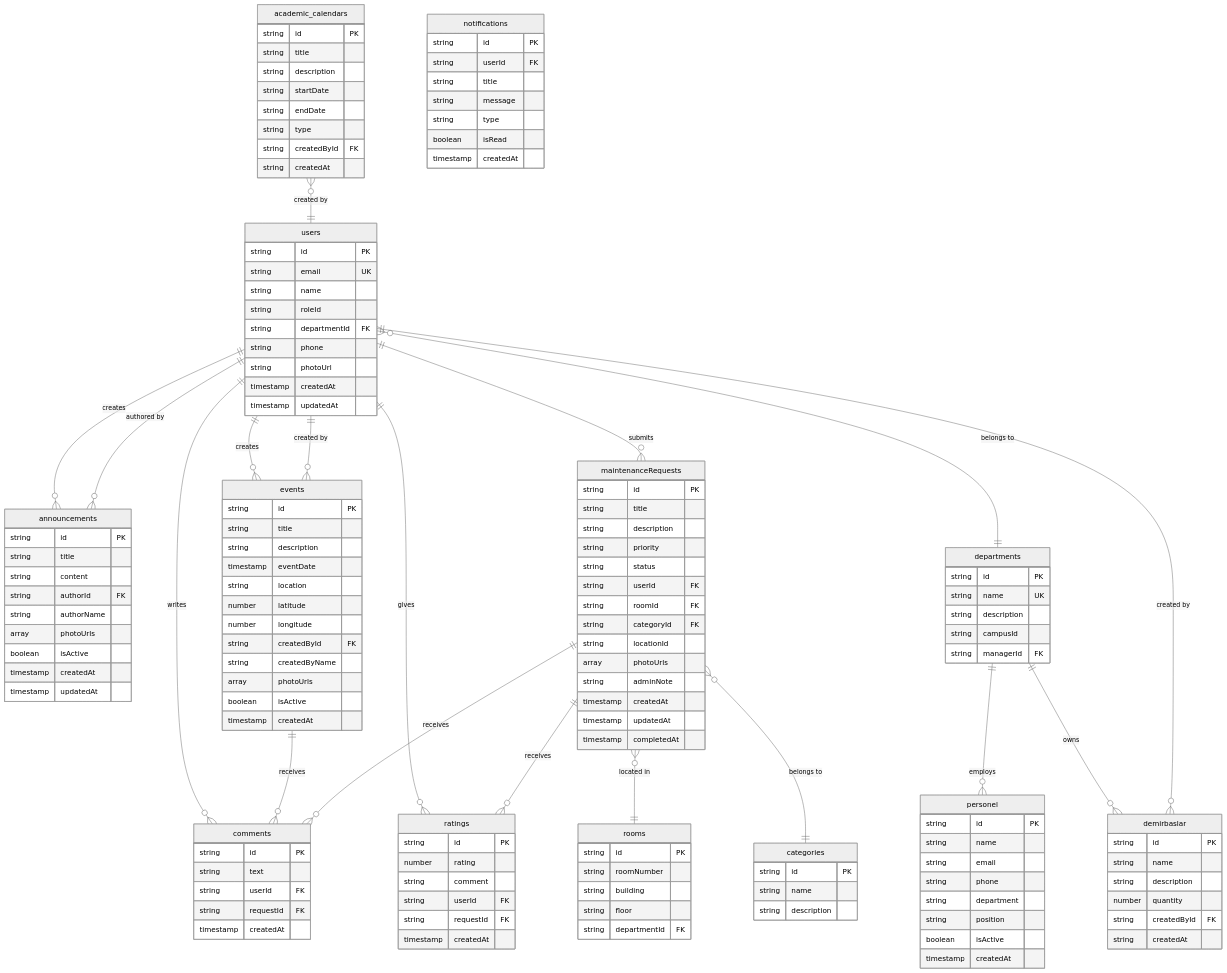
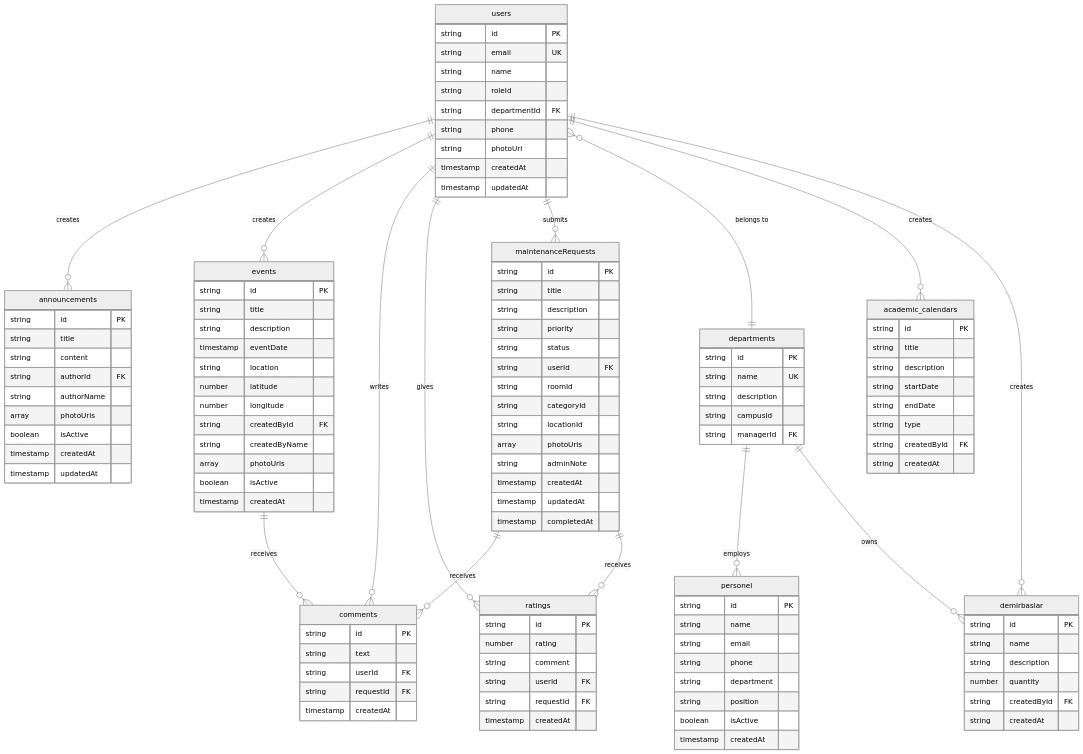
Before and after one commit to Zehracicek/campus_care: the diagram in README.md, drawn with Mermaid (neutral theme). The commit also changed other lines of this file, not shown here.

Commit message:
Update README to remove unused database entities
Removed references to rooms, categories, and notifications from the database schema in the README.

````diff
--- a/README.md
+++ b/README.md
@@ -28,17 +28,13 @@
     users ||--o{ ratings : gives
     users ||--o{ maintenanceRequests : submits
     users }o--|| departments : "belongs to"
+    users ||--o{ academic_calendars : creates
+    users ||--o{ demirbaslar : creates
     departments ||--o{ personel : employs
     departments ||--o{ demirbaslar : owns
     events ||--o{ comments : receives
     maintenanceRequests ||--o{ comments : receives
     maintenanceRequests ||--o{ ratings : receives
-    maintenanceRequests }o--|| rooms : "located in"
-    maintenanceRequests }o--|| categories : "belongs to"
-    academic_calendars }o--|| users : "created by"
-    events }o--|| users : "created by"
-    announcements }o--|| users : "authored by"
-    demirbaslar }o--|| users : "created by"
     users {
         string id PK
         string email UK
@@ -124,26 +120,14 @@
         string priority
         string status
         string userId FK
-        string roomId FK
-        string categoryId FK
+        string roomId
+        string categoryId
         string locationId
         array photoUrls
         string adminNote
         timestamp createdAt
         timestamp updatedAt
         timestamp completedAt
-    }
-    rooms {
-        string id PK
-        string roomNumber
-        string building
-        string floor
-        string departmentId FK
-    }
-    categories {
-        string id PK
-        string name
-        string description
     }
     demirbaslar {
         string id PK
@@ -153,13 +137,4 @@
         string createdById FK
         string createdAt
     }
-    notifications {
-        string id PK
-        string userId FK
-        string title
-        string message
-        string type
-        boolean isRead
-        timestamp createdAt
-    }
 ```
````
